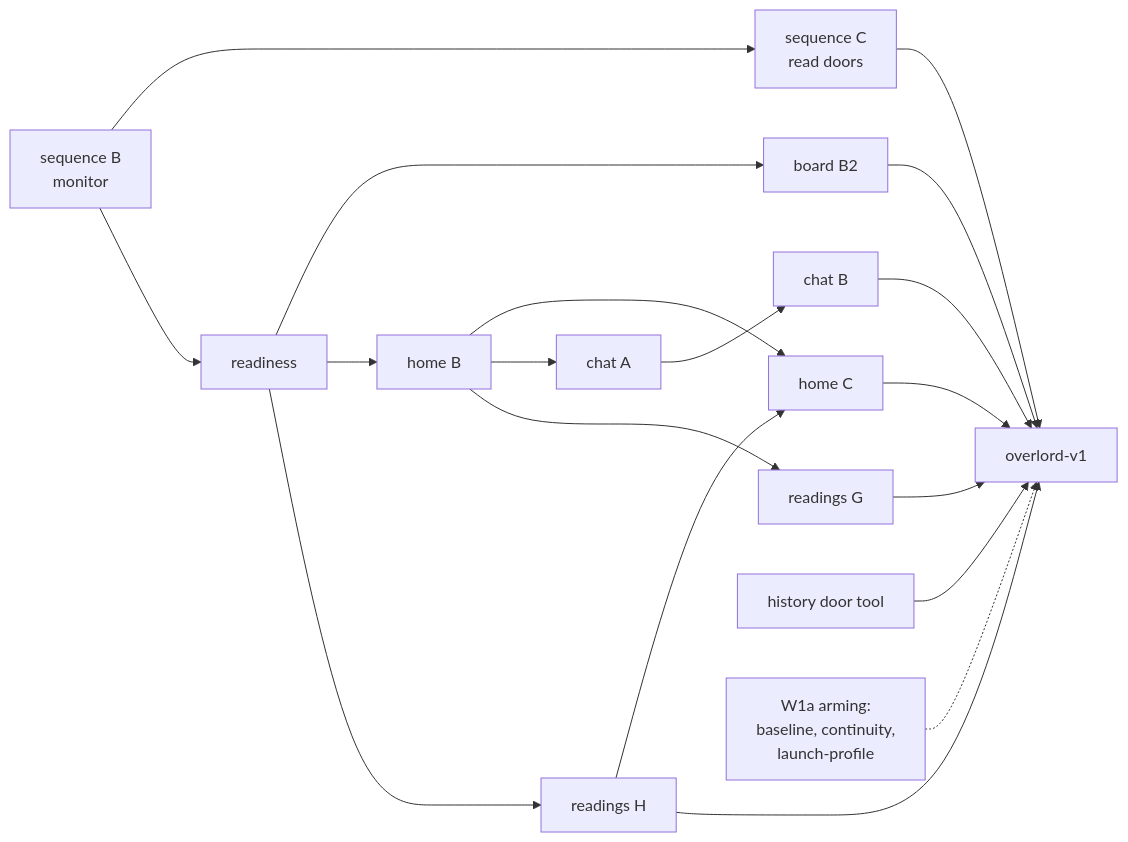
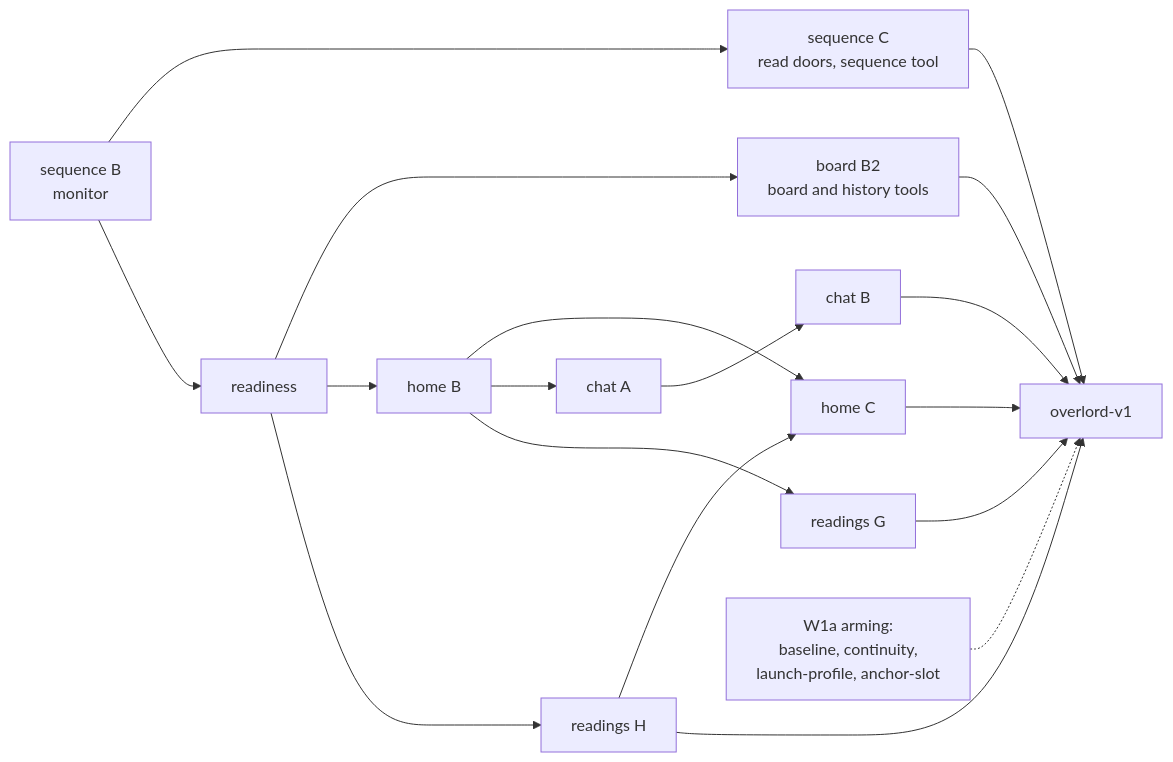
The diagram in docs/superpowers/plans/2026-11-25-overlord-w1-overlord-v1.md (Synapsium-Labs/ccrc-pwa), drawn with Mermaid before and after one commit. The commit also changed other lines of this file, not shown here.

First line of the commit message:
docs(overlord): the overlord-v1 plan, edit round 1 after plan review 3877

````diff
--- a/docs/superpowers/plans/2026-11-25-overlord-w1-overlord-v1.md
+++ b/docs/superpowers/plans/2026-11-25-overlord-w1-overlord-v1.md
@@ -321,21 +376,20 @@
 ```mermaid
 flowchart LR
-  SB["sequence B<br/>monitor"] --> SC["sequence C<br/>read doors"]
+  SB["sequence B<br/>monitor"] --> SC
   SB --> RD["readiness"]
-  RD --> BB["board B2"]
+  RD --> BB
   RD --> HB["home B"]
   HB --> HC["home C"]
   HB --> CA["chat A"]
   CA --> CB["chat B"]
   HB --> RG["readings G"]
   RD --> RH["readings H"]
   RH --> HC
-  HT["history door tool"] --> V1["overlord-v1"]
-  SC --> V1
-  BB --> V1
+  SC["sequence C<br/>read doors, sequence tool"] --> V1["overlord-v1"]
+  BB["board B2<br/>board and history tools"] --> V1
   HC --> V1
   CB --> V1
   RG --> V1
   RH --> V1
-  AR["W1a arming:<br/>baseline, continuity,<br/>launch-profile"] -.-> V1
+  AR["W1a arming:<br/>baseline, continuity,<br/>launch-profile, anchor-slot"] -.-> V1
 ```
````
